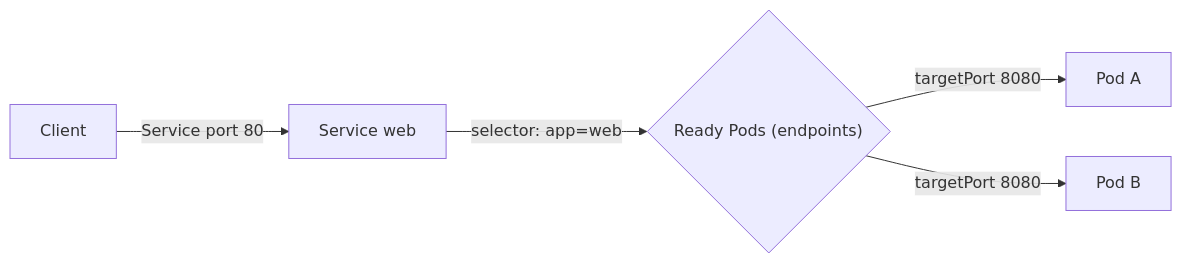
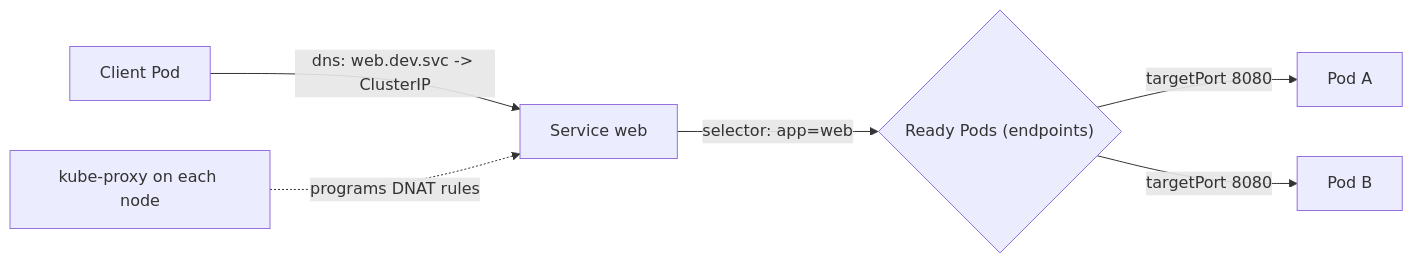
Before and after one commit to karthikreddy432/CKAD: diagram 26 of 33 in CKAD_notes.md, drawn with Mermaid. The commit also changed other lines of this file, not shown here.

````diff
--- a/CKAD_notes.md
+++ b/CKAD_notes.md
@@ -4082,7 +4386,8 @@
 ```mermaid
 flowchart LR
-    C[Client] -->|"Service port 80"| S[Service web]
+    C[Client Pod] -->|"dns: web.dev.svc -> ClusterIP"| S[Service web]
     S -->|"selector: app=web"| E{"Ready Pods (endpoints)"}
     E -->|"targetPort 8080"| P1["Pod A"]
     E -->|"targetPort 8080"| P2["Pod B"]
+    KP[kube-proxy on each node] -.->|programs DNAT rules| S
 ```
````
